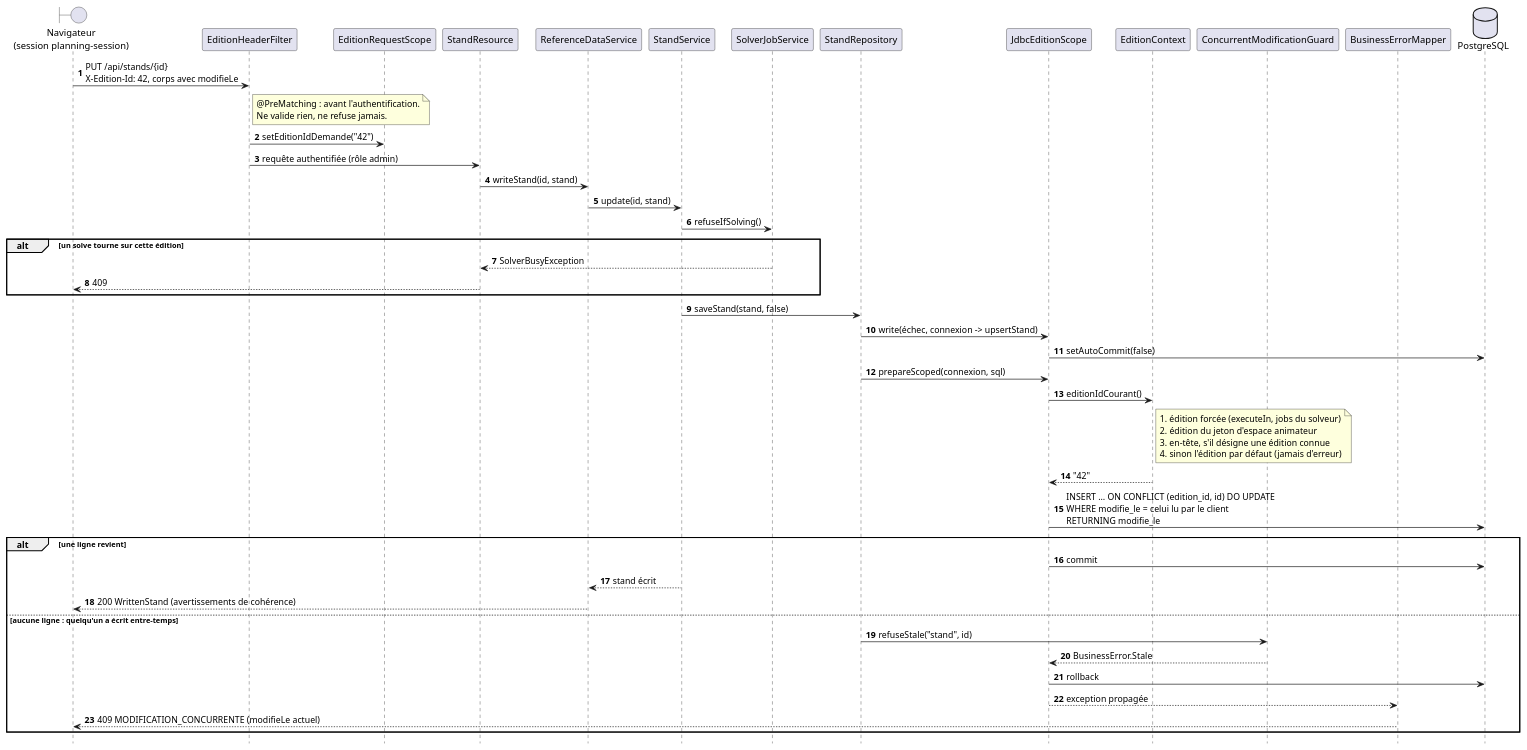
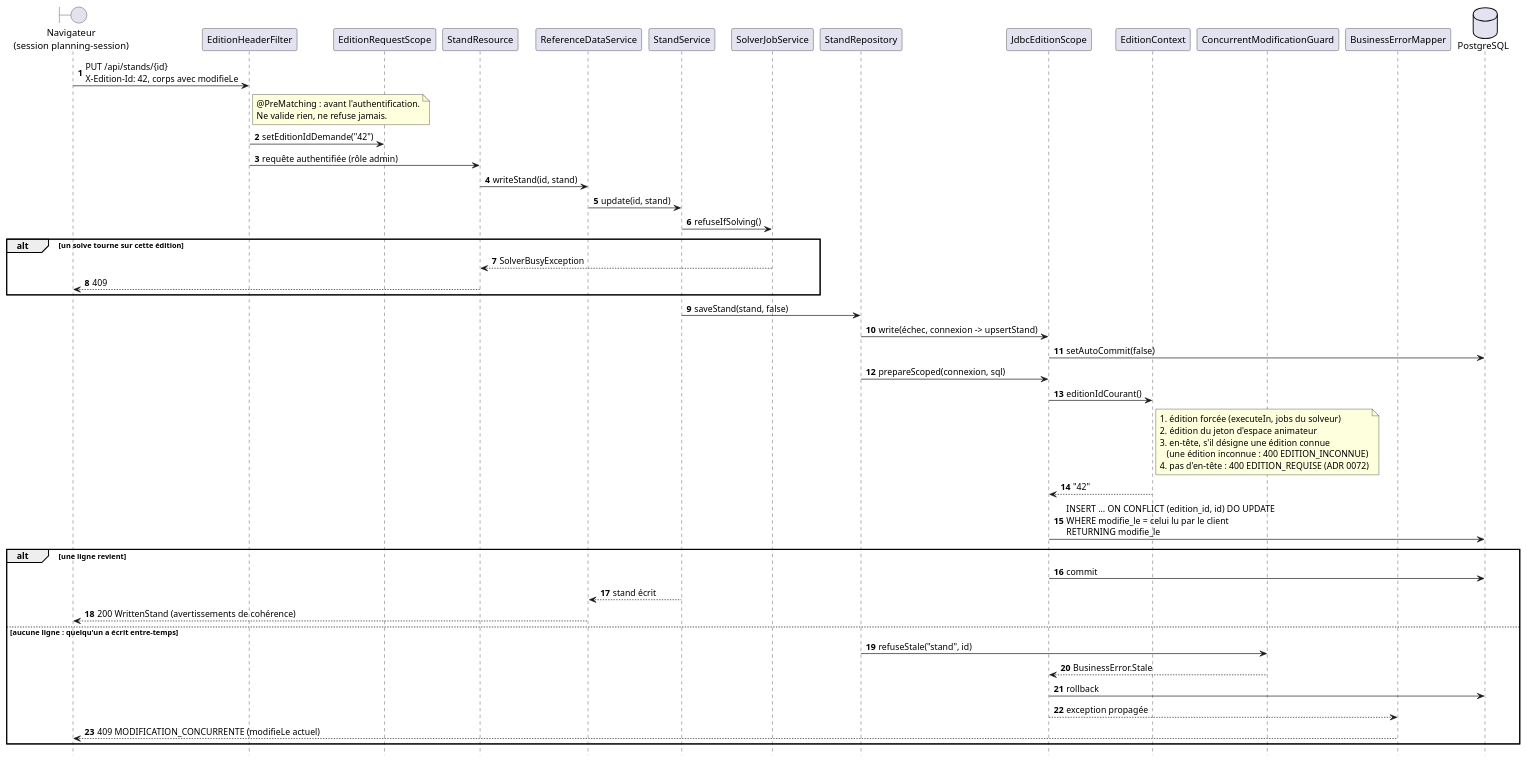
The diagram in docs/diagrammes/edition-requete.puml (sylvainmetayer/planning-equipes), drawn with PlantUML before and after one commit. The commit also changed 255 other files, not shown here.

First line of the commit message:
feat!: une seule édition active, seule à parler dehors

```diff
--- a/docs/diagrammes/edition-requete.puml
+++ b/docs/diagrammes/edition-requete.puml
@@ -1,61 +1,62 @@
 @startuml
 ' Une écriture du référentiel, de l'en-tête X-Edition-Id jusqu'au commit.
 ' Le cloisonnement ne tient pas à la discipline des appelants : chaque requête
 ' lie l'édition au premier paramètre (prepareScoped), et
 ' IsolationEditionStructurelleTest refuse le SQL qui l'oublie.
-' Voir docs/architecture.md et docs/decisions/0001, 0023.
+' Voir docs/architecture.md et docs/decisions/0001, 0023, 0072.
 skinparam backgroundColor #FFFFFF
 skinparam responseMessageBelowArrow true
 hide footbox
 autonumber
 
 boundary "Navigateur\n(session planning-session)" as front
 participant EditionHeaderFilter as filtre
 participant EditionRequestScope as portee
 participant StandResource as resource
 participant ReferenceDataService as referentiel
 participant StandService as service
 participant SolverJobService as jobs
 participant StandRepository as depot
 participant JdbcEditionScope as scope
 participant EditionContext as contexte
 participant ConcurrentModificationGuard as garde
 participant BusinessErrorMapper as mapper
 database PostgreSQL as db
 
 front -> filtre : PUT /api/stands/{id}\nX-Edition-Id: 42, corps avec modifieLe
 note right of filtre : @PreMatching : avant l'authentification.\nNe valide rien, ne refuse jamais.
 filtre -> portee : setEditionIdDemande("42")
 filtre -> resource : requête authentifiée (rôle admin)
 resource -> referentiel : writeStand(id, stand)
 referentiel -> service : update(id, stand)
 service -> jobs : refuseIfSolving()
 alt un solve tourne sur cette édition
   jobs --> resource : SolverBusyException
   resource --> front : 409
 end
 service -> depot : saveStand(stand, false)
 depot -> scope : write(échec, connexion -> upsertStand)
 scope -> db : setAutoCommit(false)
 depot -> scope : prepareScoped(connexion, sql)
 scope -> contexte : editionIdCourant()
 note right of contexte
   1. édition forcée (executeIn, jobs du solveur)
   2. édition du jeton d'espace animateur
   3. en-tête, s'il désigne une édition connue
-  4. sinon l'édition par défaut (jamais d'erreur)
+     (une édition inconnue : 400 EDITION_INCONNUE)
+  4. pas d'en-tête : 400 EDITION_REQUISE (ADR 0072)
 end note
 contexte --> scope : "42"
 scope -> db : INSERT … ON CONFLICT (edition_id, id) DO UPDATE\nWHERE modifie_le = celui lu par le client\nRETURNING modifie_le
 alt une ligne revient
   scope -> db : commit
   service --> referentiel : stand écrit
   referentiel --> front : 200 WrittenStand (avertissements de cohérence)
 else aucune ligne : quelqu'un a écrit entre-temps
   depot -> garde : refuseStale("stand", id)
   garde --> scope : BusinessError.Stale
   scope -> db : rollback
   scope --> mapper : exception propagée
   mapper --> front : 409 MODIFICATION_CONCURRENTE (modifieLe actuel)
 end
 @enduml
```
